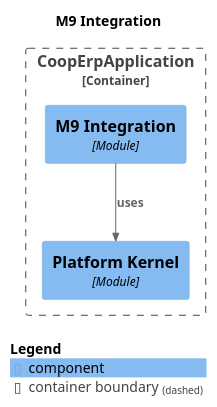
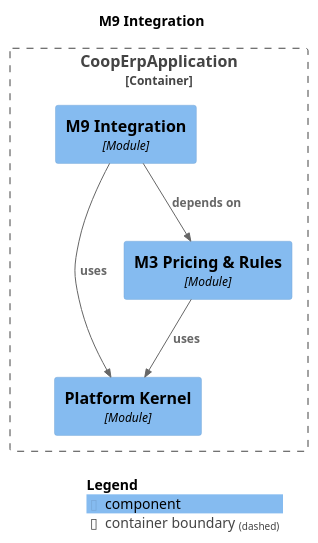
The diagram in docs/modules/module-m9integration.puml (Knoweb/COOP_ERP), drawn with PlantUML before and after one commit. The commit also changed 48 other files, not shown here.

```diff
--- a/docs/modules/module-m9integration.puml
+++ b/docs/modules/module-m9integration.puml
@@ -1,19 +1,22 @@
 @startuml
 set separator none
 title M9 Integration
 
 top to bottom direction
 
 !include <C4/C4>
 !include <C4/C4_Context>
 !include <C4/C4_Component>
 
 Container_Boundary("CoopErpApplication.CoopErpApplication_boundary", "CoopErpApplication", $tags="") {
+  Component(CoopErpApplication.CoopErpApplication.M9Integration, "M9 Integration", $techn="Module", $descr="", $tags="", $link="")
   Component(CoopErpApplication.CoopErpApplication.PlatformKernel, "Platform Kernel", $techn="Module", $descr="", $tags="", $link="")
-  Component(CoopErpApplication.CoopErpApplication.M9Integration, "M9 Integration", $techn="Module", $descr="", $tags="", $link="")
+  Component(CoopErpApplication.CoopErpApplication.M3PricingRules, "M3 Pricing & Rules", $techn="Module", $descr="", $tags="", $link="")
 }
 
+Rel(CoopErpApplication.CoopErpApplication.M3PricingRules, CoopErpApplication.CoopErpApplication.PlatformKernel, "uses", $techn="", $tags="", $link="")
+Rel(CoopErpApplication.CoopErpApplication.M9Integration, CoopErpApplication.CoopErpApplication.M3PricingRules, "depends on", $techn="", $tags="", $link="")
 Rel(CoopErpApplication.CoopErpApplication.M9Integration, CoopErpApplication.CoopErpApplication.PlatformKernel, "uses", $techn="", $tags="", $link="")
 
 SHOW_LEGEND(true)
 @enduml
```
